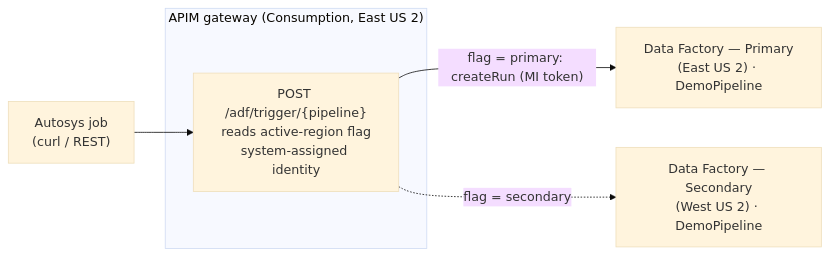
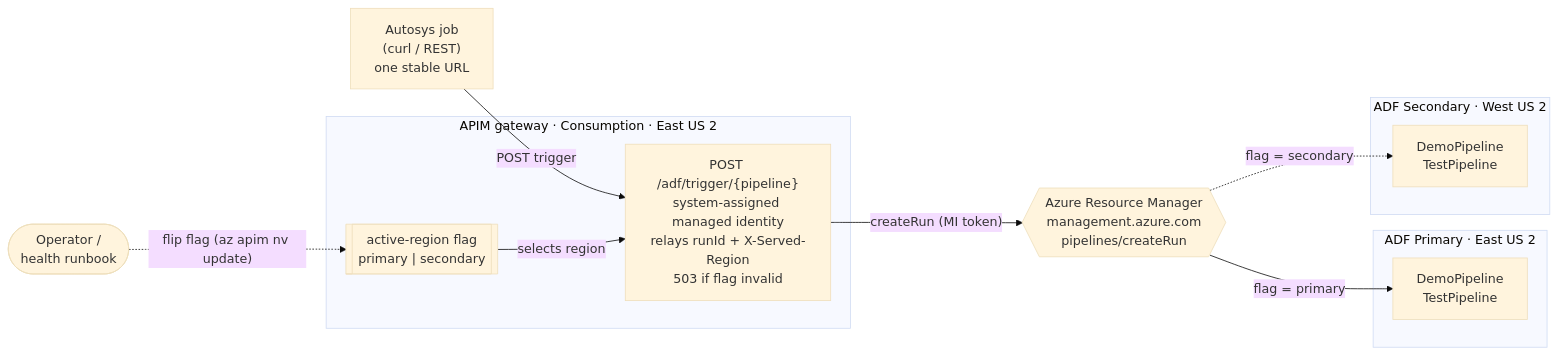
Before and after one commit to SpiffLabSquad/adf-dr-apim-demo: the first of 3 diagrams in README.md, drawn with Mermaid (base theme). The commit also changed other lines of this file, not shown here.

Commit message:
Refresh main architecture diagram to match current design
The top-of-README diagram now shows the operator/health-runbook flipping the active-region flag, the flag driving region selection, the managed-identity createRun call via Azure Resource Manager, the 503-on-invalid-flag guard, and both DemoPipeline and TestPipeline in each factory. Request-flow steps updated to match. Diagram validated with mermaid-cli.

````diff
--- a/README.md
+++ b/README.md
@@ -29,15 +29,26 @@
 ```mermaid
 flowchart LR
-    AJ["Autosys job<br/>(curl / REST)"]
+    AJ["Autosys job<br/>(curl / REST)<br/>one stable URL"]
+    OP(["Operator /<br/>health runbook"])
 
-    subgraph G["APIM gateway (Consumption, East US 2)"]
-        API["POST /adf/trigger/{pipeline}<br/>reads active-region flag<br/>system-assigned identity"]
+    subgraph G["APIM gateway · Consumption · East US 2"]
+        API["POST /adf/trigger/{pipeline}<br/>system-assigned managed identity<br/>relays runId + X-Served-Region<br/>503 if flag invalid"]
+        NV[["active-region flag<br/>primary | secondary"]]
     end
 
-    FP["Data Factory — Primary<br/>(East US 2) · DemoPipeline"]
-    FS["Data Factory — Secondary<br/>(West US 2) · DemoPipeline"]
+    ARM{{"Azure Resource Manager<br/>management.azure.com<br/>pipelines/createRun"}}
 
-    AJ --> API
-    API -- "flag = primary: createRun (MI token)" --> FP
-    API -. "flag = secondary" .-> FS
+    subgraph PRI["ADF Primary · East US 2"]
+        FP["DemoPipeline<br/>TestPipeline"]
+    end
+    subgraph SEC["ADF Secondary · West US 2"]
+        FS["DemoPipeline<br/>TestPipeline"]
+    end
+
+    AJ -- "POST trigger" --> API
+    OP -. "flip flag (az apim nv update)" .-> NV
+    NV -- "selects region" --> API
+    API -- "createRun (MI token)" --> ARM
+    ARM -- "flag = primary" --> FP
+    ARM -. "flag = secondary" .-> FS
 ```
````
